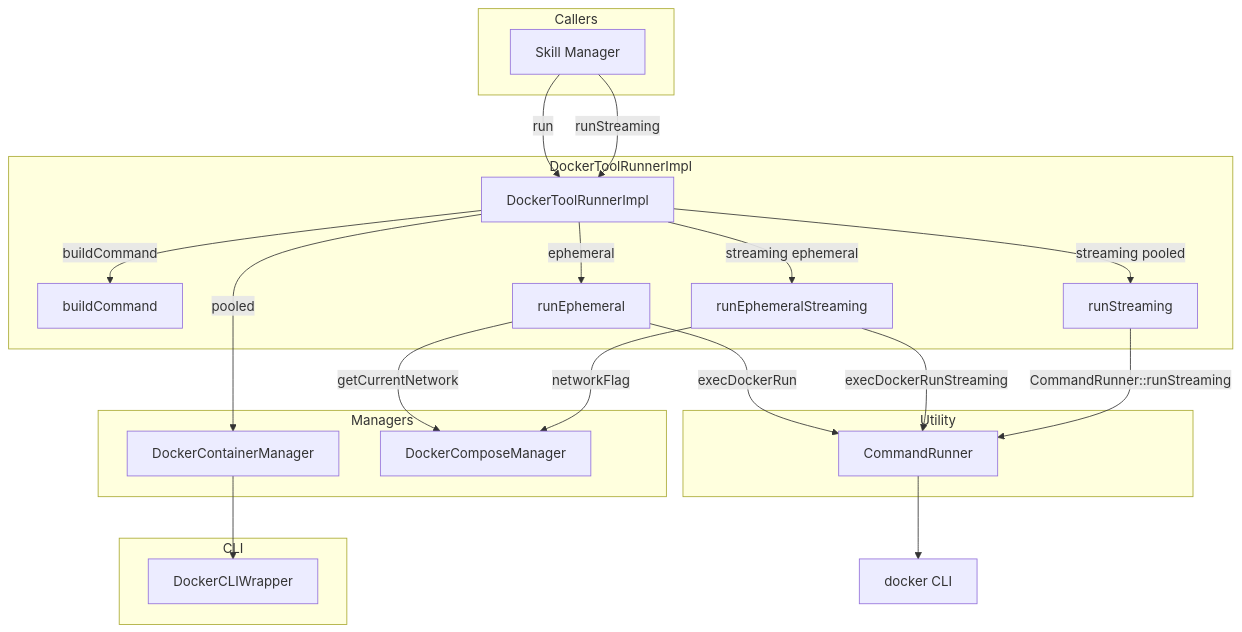
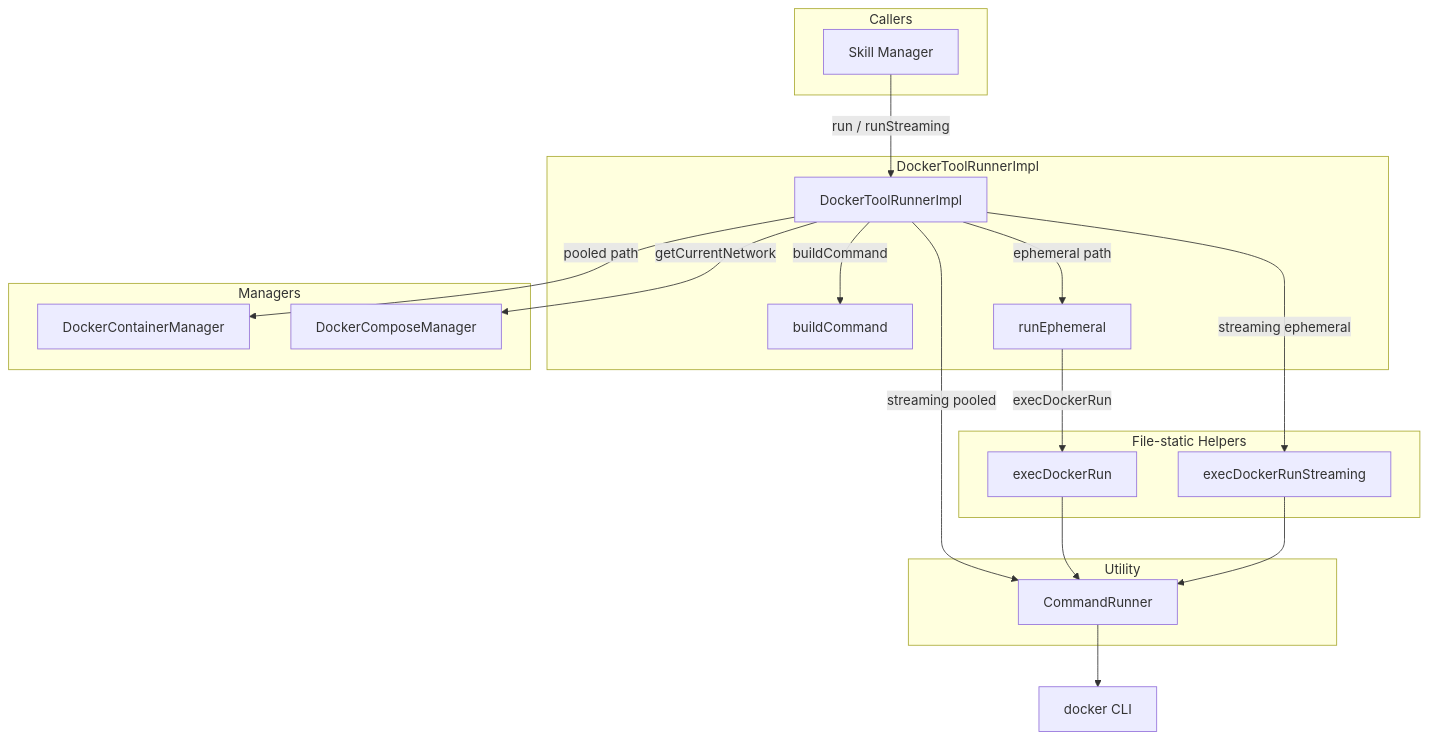
Before and after one commit to opensassi/a0: the first of 2 diagrams in src/docker/docker_tool_runner.spec.md, drawn with Mermaid. The commit also changed other lines of this file and 165 other files, not shown here.

````diff
--- a/src/docker/docker_tool_runner.spec.md
+++ b/src/docker/docker_tool_runner.spec.md
@@ -101,42 +101,38 @@
 ```mermaid
 graph TB
     subgraph Callers
         SM[Skill Manager]
     end
 
     subgraph DockerToolRunnerImpl
         DTR[DockerToolRunnerImpl]
         BC[buildCommand]
         RE[runEphemeral]
-        RES[runEphemeralStreaming]
-        RS[runStreaming]
     end
 
     subgraph Managers
         CM[DockerContainerManager]
         CompM[DockerComposeManager]
     end
 
+    subgraph File-static Helpers
+        EDR[execDockerRun]
+        EDRS[execDockerRunStreaming]
+    end
+
     subgraph Utility
         CR[CommandRunner]
     end
 
-    subgraph CLI
-        DCW[DockerCLIWrapper]
-    end
-
-    SM -->|run| DTR
-    SM -->|runStreaming| DTR
+    SM -->|run / runStreaming| DTR
     DTR -->|buildCommand| BC
-    DTR -->|pooled| CM
-    DTR -->|ephemeral| RE
-    DTR -->|streaming pooled| RS
-    DTR -->|streaming ephemeral| RES
-    RE -->|execDockerRun| CR
-    RES -->|execDockerRunStreaming| CR
-    RS -->|CommandRunner::runStreaming| CR
-    RE -->|getCurrentNetwork| CompM
-    RES -->|networkFlag| CompM
+    DTR -->|pooled path| CM
+    DTR -->|ephemeral path| RE
+    DTR -->|getCurrentNetwork| CompM
+    RE -->|execDockerRun| EDR
+    DTR -->|streaming pooled| CR
+    DTR -->|streaming ephemeral| EDRS
+    EDR --> CR
+    EDRS --> CR
     CR --> Docker[docker CLI]
-    CM --> DCW
 ```
````
